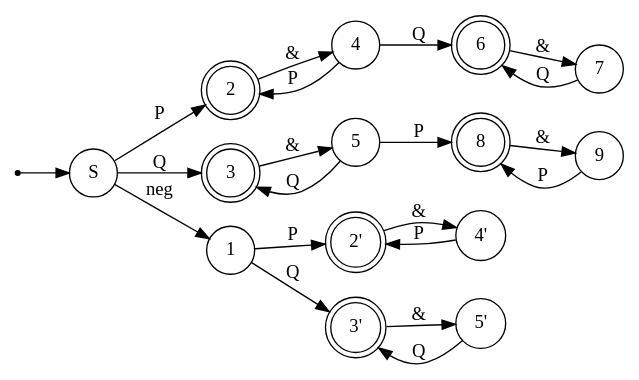
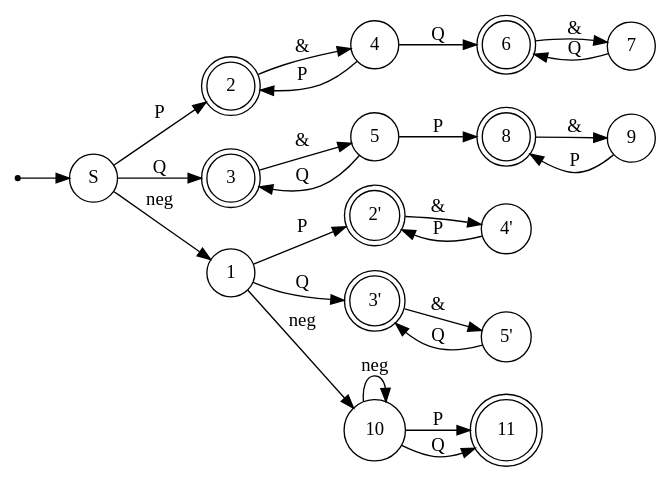
One commit to HumsterProgrammer/iu9-tfl-practice changed the first of 4 diagrams in Практика/РК1/Варианты/Вариант 8.md. Above: the diagram before and after it, drawn with Graphviz.

Commit message:
Update Вариант 8.md

````diff
--- a/Практика/РК1/Варианты/Вариант 8.md
+++ b/Практика/РК1/Варианты/Вариант 8.md
@@ -28,23 +28,27 @@
 ```dot
 digraph{
 	rankdir=LR
 	node [shape=circle]
-	2,3,6,8, "2'", "3'" [shape=doublecircle]
+	2,3,6,8, "2'", "3'", 11 [shape=doublecircle]
 	point [shape=point]
 	point -> S
 	S -> 1 [label="neg"]
 	S,4 -> 2 [label="P"]
 	S,5 -> 3 [label="Q"]
 	2 -> 4 [label="&"]
 	3 -> 5 [label="&"]
 	4,7 -> 6 [label="Q"]
 	6 -> 7 [label="&"]
 	5,9 -> 8 [label="P"]
 	8 -> 9 [label="&"]
 
 	1, "4'" -> "2'" [label="P"]
 	1, "5'" -> "3'" [label="Q"]
 	"2'" -> "4'" [label="&"]
 	"3'" -> "5'" [label="&"]
+
+	1,10 -> 10 [label="neg"]
+	10 -> 11[label="P"]
+	10 -> 11[label="Q"]
 }
 ```
````
